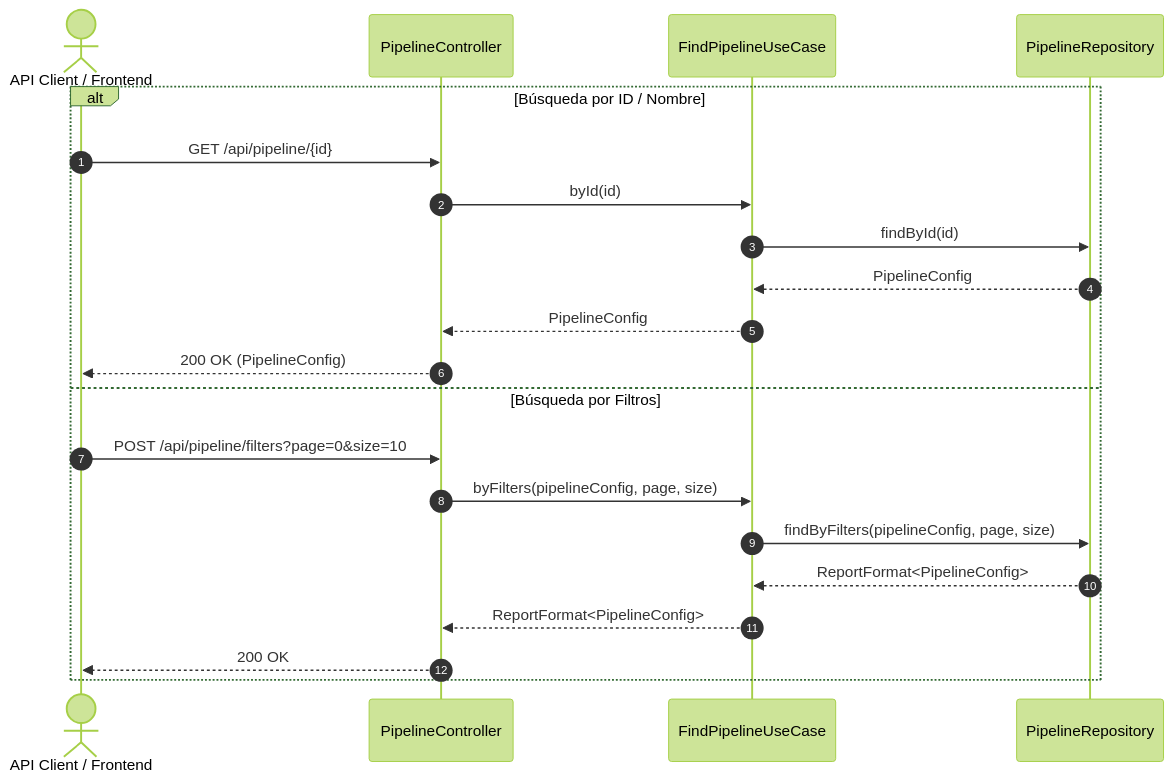
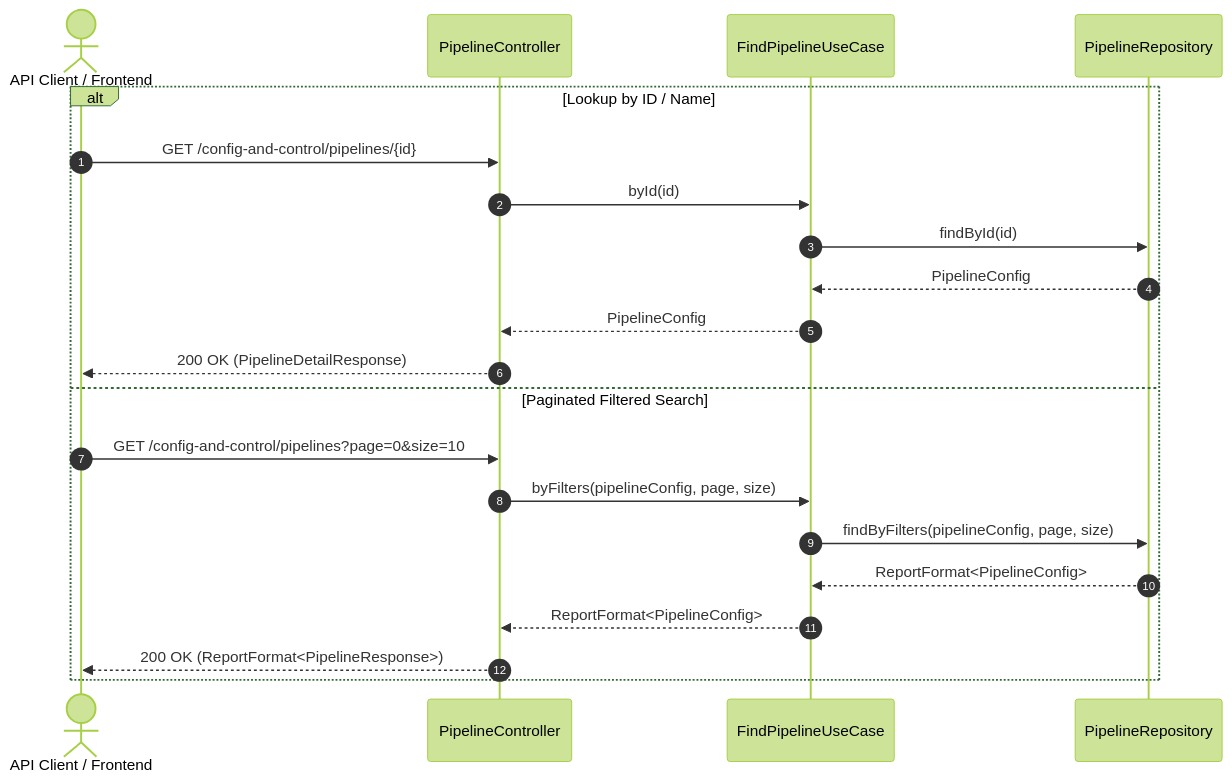
The diagram in .agents/use_cases/FindPipelineUseCase.md (Biopatternsg-ms/config-and-control), drawn with Mermaid (forest theme) before and after one commit. The commit also changed other lines of this file and 16 other files, not shown here.

````diff
--- a/.agents/use_cases/FindPipelineUseCase.md
+++ b/.agents/use_cases/FindPipelineUseCase.md
@@ -25,24 +25,24 @@
 ```mermaid
 sequenceDiagram
     autonumber
-    actor Cliente as API Client / Frontend
+    actor Client as API Client / Frontend
     participant Controller as PipelineController
     participant UseCase as FindPipelineUseCase
     participant Repo as PipelineRepository
 
-    alt Búsqueda por ID / Nombre
-        Cliente->>Controller: GET /api/pipeline/{id}
+    alt Lookup by ID / Name
+        Client->>Controller: GET /config-and-control/pipelines/{id}
         Controller->>UseCase: byId(id)
         UseCase->>Repo: findById(id)
         Repo-->>UseCase: PipelineConfig
         UseCase-->>Controller: PipelineConfig
-        Controller-->>Cliente: 200 OK (PipelineConfig)
-    else Búsqueda por Filtros
-        Cliente->>Controller: POST /api/pipeline/filters?page=0&size=10
+        Controller-->>Client: 200 OK (PipelineDetailResponse)
+    else Paginated Filtered Search
+        Client->>Controller: GET /config-and-control/pipelines?page=0&size=10
         Controller->>UseCase: byFilters(pipelineConfig, page, size)
         UseCase->>Repo: findByFilters(pipelineConfig, page, size)
         Repo-->>UseCase: ReportFormat<PipelineConfig>
         UseCase-->>Controller: ReportFormat<PipelineConfig>
-        Controller-->>Cliente: 200 OK
+        Controller-->>Client: 200 OK (ReportFormat<PipelineResponse>)
     end
 ```
````
